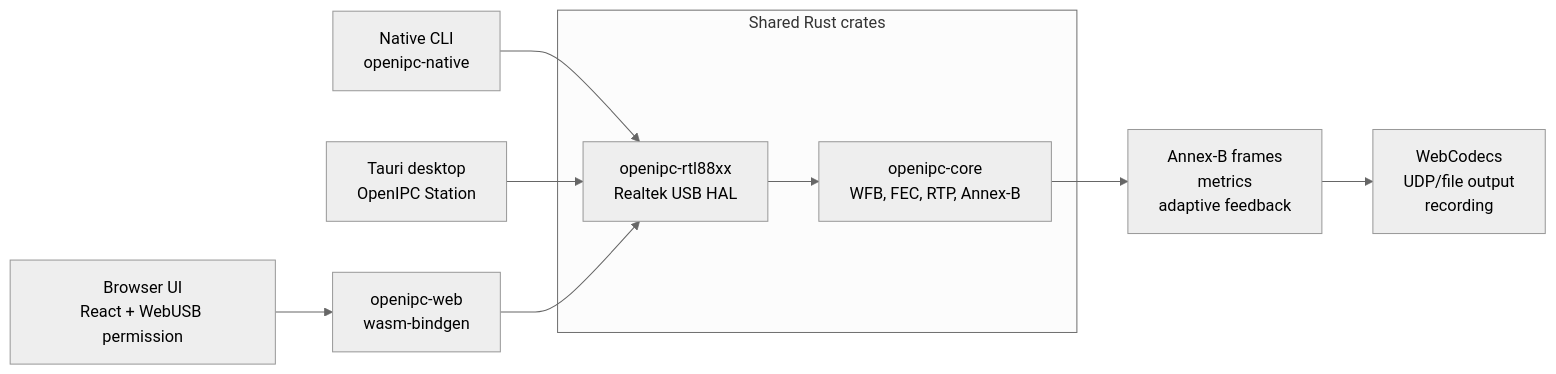
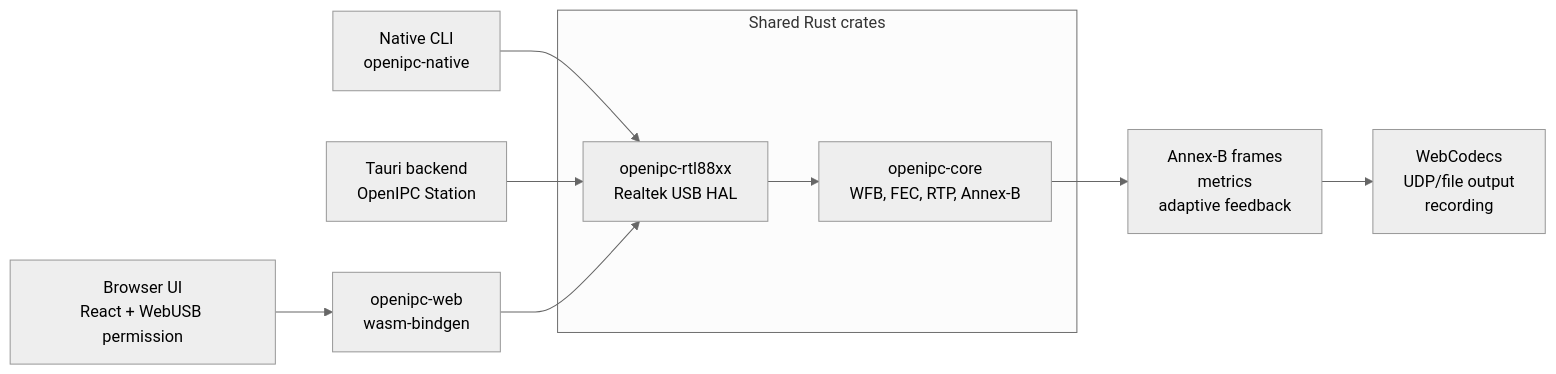
Before and after one commit to neelsani/openipc-rs: the first of 3 diagrams in docs/docs/architecture.md, drawn with Mermaid (neutral theme). The commit also changed other lines of this file and 48 other files, not shown here.

````diff
--- a/docs/docs/architecture.md
+++ b/docs/docs/architecture.md
@@ -10,15 +11,15 @@
 ```mermaid
 flowchart LR
     subgraph Shared["Shared Rust crates"]
         Core["openipc-core<br/>WFB, FEC, RTP, Annex-B"]
         Rtl["openipc-rtl88xx<br/>Realtek USB HAL"]
     end
 
     Native["Native CLI<br/>openipc-native"] --> Rtl
-    Desktop["Tauri desktop<br/>OpenIPC Station"] --> Rtl
+    Desktop["Tauri backend<br/>OpenIPC Station"] --> Rtl
     Browser["Browser UI<br/>React + WebUSB permission"] --> Wasm["openipc-web<br/>wasm-bindgen"]
     Wasm --> Rtl
     Rtl --> Core
     Core --> Output["Annex-B frames<br/>metrics<br/>adaptive feedback"]
     Output --> Players["WebCodecs<br/>UDP/file output<br/>recording"]
 ```
````
